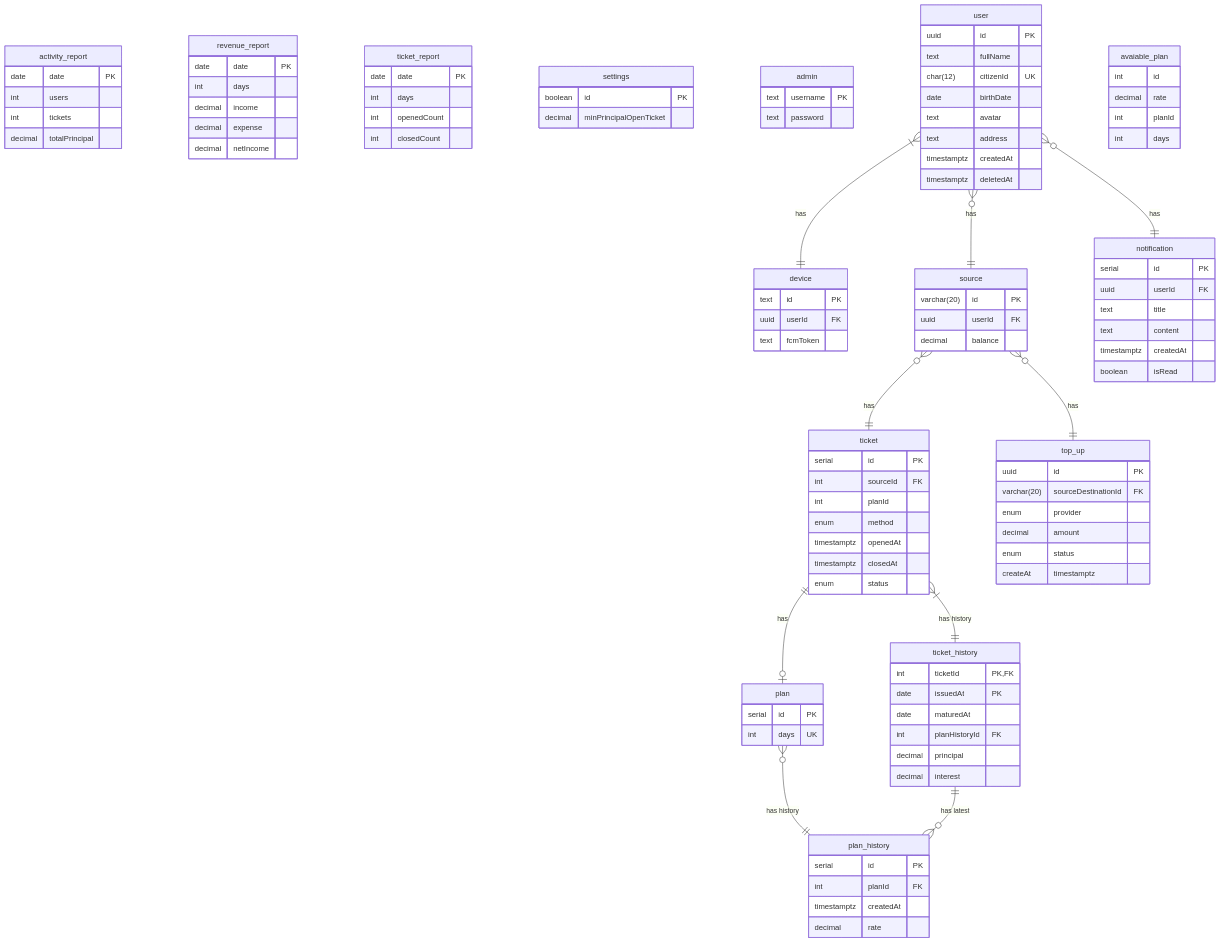
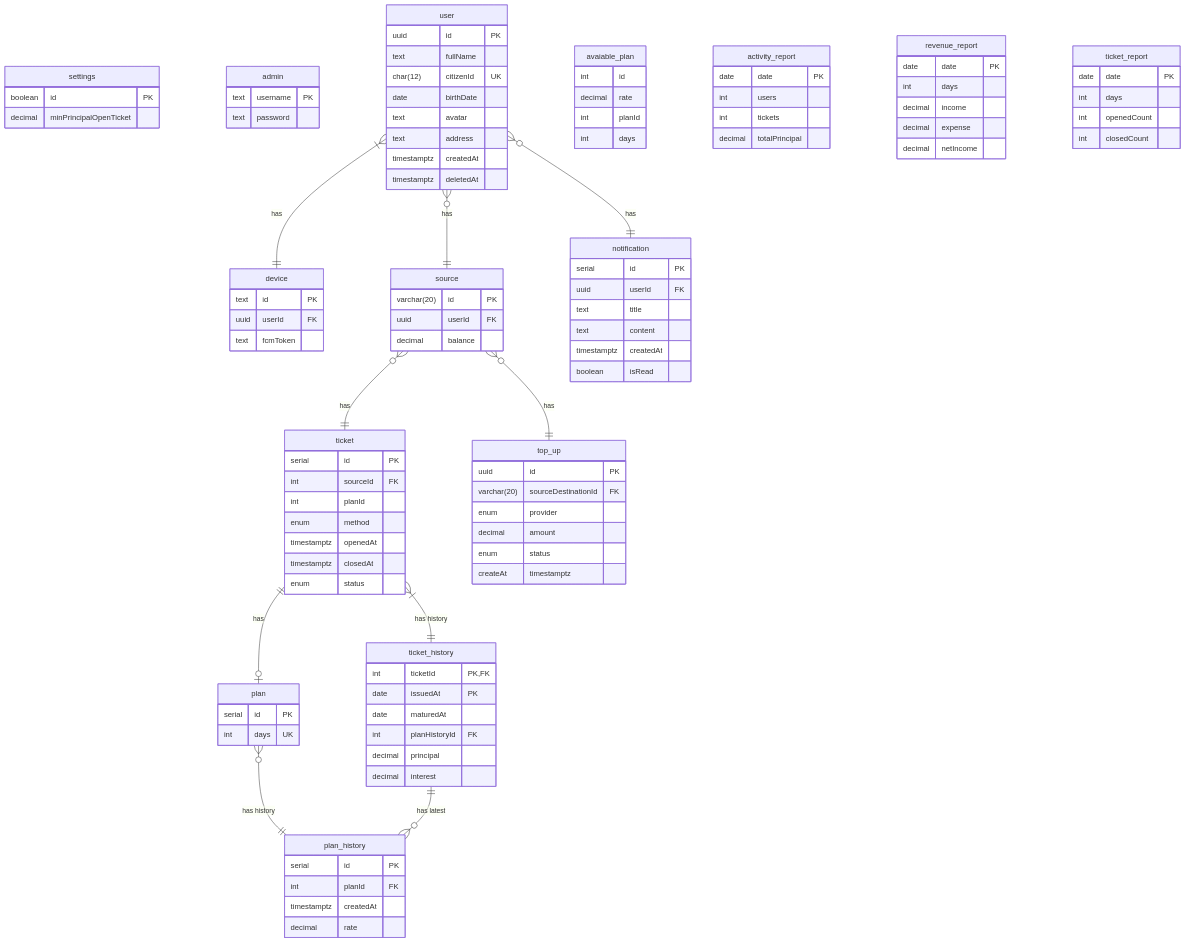
One commit to coinhub-uit/coinhub-uit.github.io changed the diagram in docs/diagrams/database/full-database-schema.md. Above: the diagram before and after it, drawn with Mermaid. The commit also changed other lines of this file and 1 other file, not shown here.

````diff
--- a/docs/diagrams/database/full-database-schema.md
+++ b/docs/diagrams/database/full-database-schema.md
@@ -7,27 +7,5 @@
 ```mermaid
 erDiagram
-  activity_report {
-    date date PK
-    int users
-    int tickets
-    decimal totalPrincipal
-  }
-
-  revenue_report {
-    date date PK
-    int days
-    decimal income
-    decimal expense
-    decimal netIncome
-  }
-
-  ticket_report {
-    date date PK
-    int days
-    int openedCount
-    int closedCount
-  }
-
   settings {
     boolean id PK
     decimal minPrincipalOpenTicket
@@ -117,6 +95,28 @@
     createAt timestamptz
   }
 
+  activity_report {
+    date date PK
+    int users
+    int tickets
+    decimal totalPrincipal
+  }
+
+  revenue_report {
+    date date PK
+    int days
+    decimal income
+    decimal expense
+    decimal netIncome
+  }
+
+  ticket_report {
+    date date PK
+    int days
+    int openedCount
+    int closedCount
+  }
+
   user }o--|| notification : "has"
   user }|--|| device : "has"
   user }o--|| source : "has"
````
